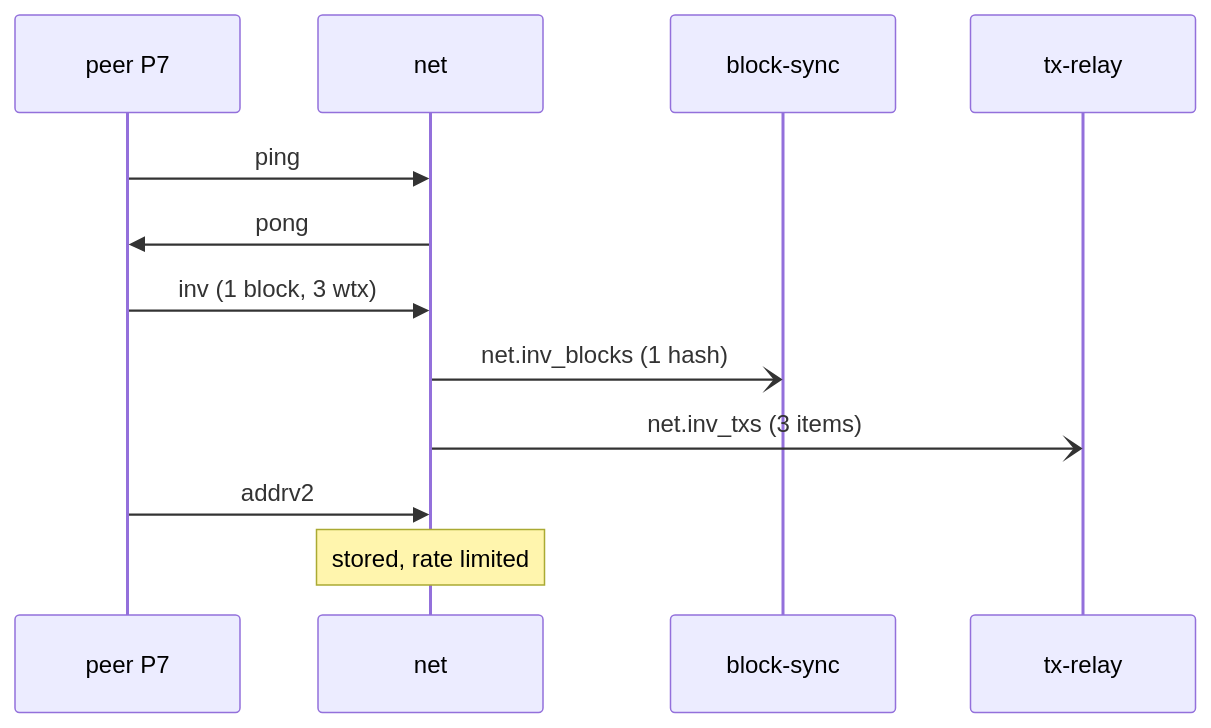
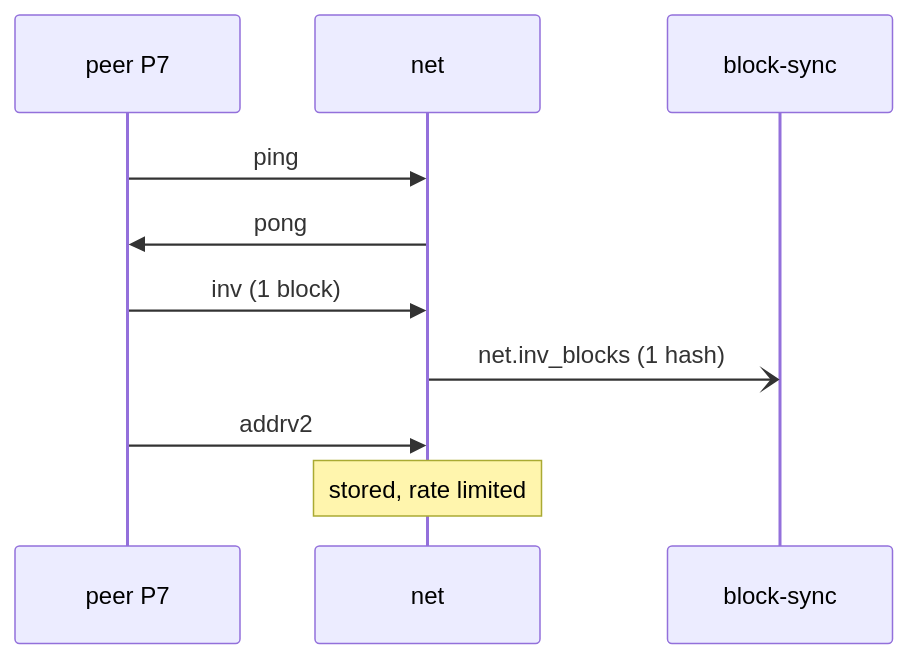
Before and after one commit to RustBTCD/btcd: the second of 3 diagrams in docs/flows/peer-lifecycle.md, drawn with Mermaid. The commit also changed other lines of this file and 31 other files, not shown here.

````diff
--- a/docs/flows/peer-lifecycle.md
+++ b/docs/flows/peer-lifecycle.md
@@ -44,14 +45,12 @@
 ```mermaid
 sequenceDiagram
     participant P as peer P7
     participant N as net
     participant BS as block-sync
-    participant TR as tx-relay
     P->>N: ping
     N->>P: pong
-    P->>N: inv (1 block, 3 wtx)
+    P->>N: inv (1 block)
     N-)BS: net.inv_blocks (1 hash)
-    N-)TR: net.inv_txs (3 items)
     P->>N: addrv2
     Note over N: stored, rate limited
 ```
````
